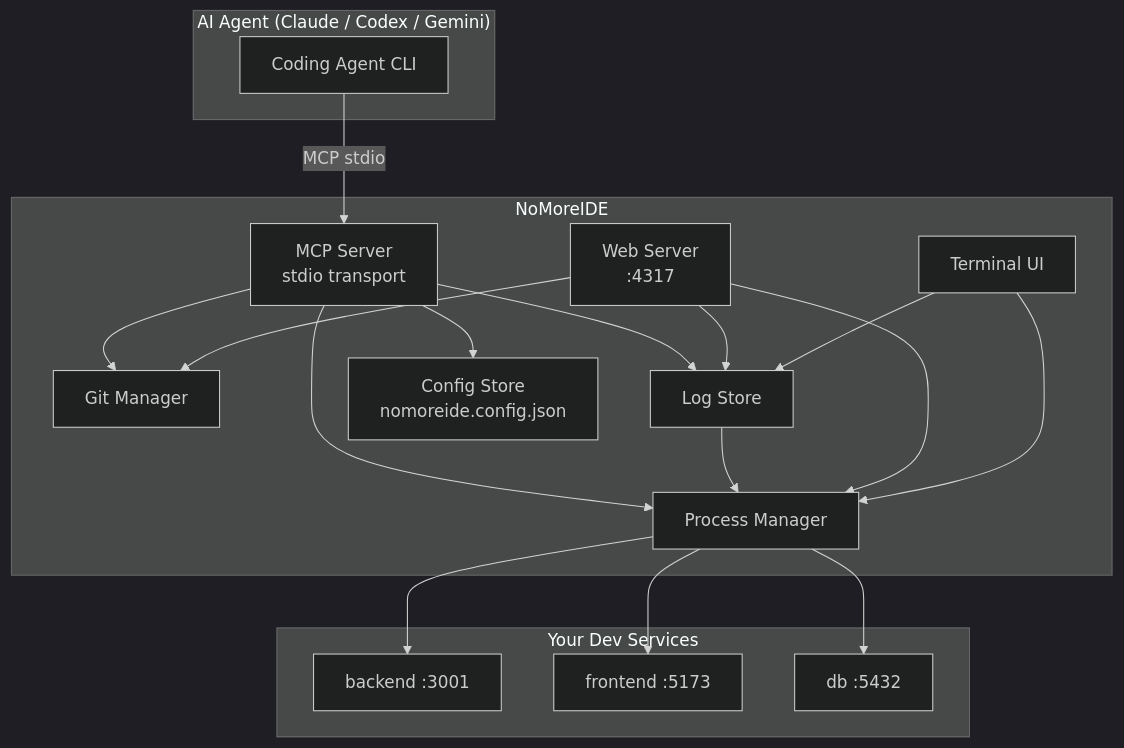
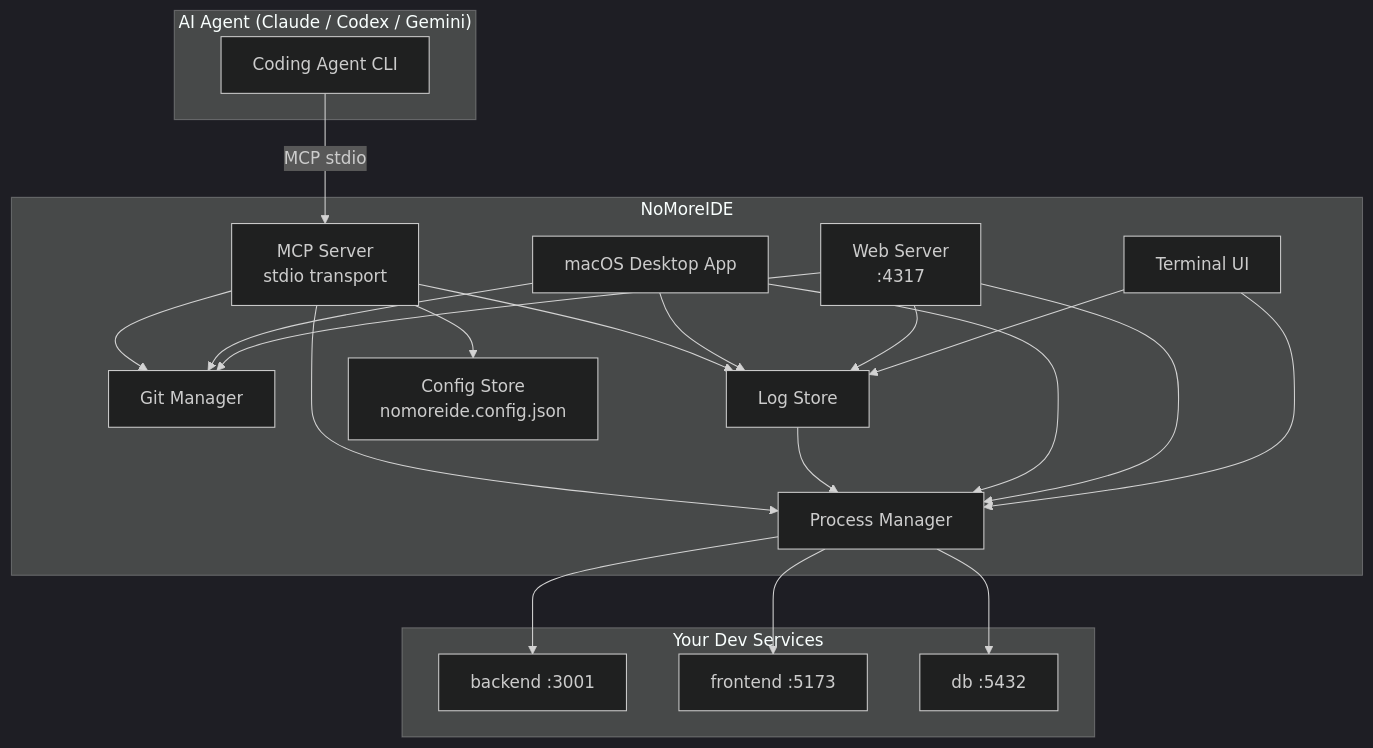
One commit to Rorogogogo/nomoreide changed the diagram in README.md. Above: the diagram before and after it, drawn with Mermaid (dark theme). The commit also changed other lines of this file and 2 other files, not shown here.

````diff
--- a/README.md
+++ b/README.md
@@ -182,37 +177,41 @@
 ```mermaid
 graph TD
     subgraph Agent["AI Agent (Claude / Codex / Gemini)"]
         A[Coding Agent CLI]
     end
 
     subgraph NoMoreIDE
         MCP[MCP Server<br/>stdio transport]
         PM[Process Manager]
         GM[Git Manager]
         LS[Log Store]
         CS[Config Store<br/>nomoreide.config.json]
+        Desktop[macOS Desktop App]
         WS[Web Server<br/>:4317]
         TUI[Terminal UI]
     end
 
     subgraph Services["Your Dev Services"]
         S1[backend :3001]
         S2[frontend :5173]
         S3[db :5432]
     end
 
     A -- MCP stdio --> MCP
     MCP --> PM
     MCP --> GM
     MCP --> LS
     MCP --> CS
     PM --> S1
     PM --> S2
     PM --> S3
     LS --> PM
+    Desktop --> PM
+    Desktop --> GM
+    Desktop --> LS
     WS --> PM
     WS --> GM
     WS --> LS
     TUI --> PM
     TUI --> LS
 ```
````
